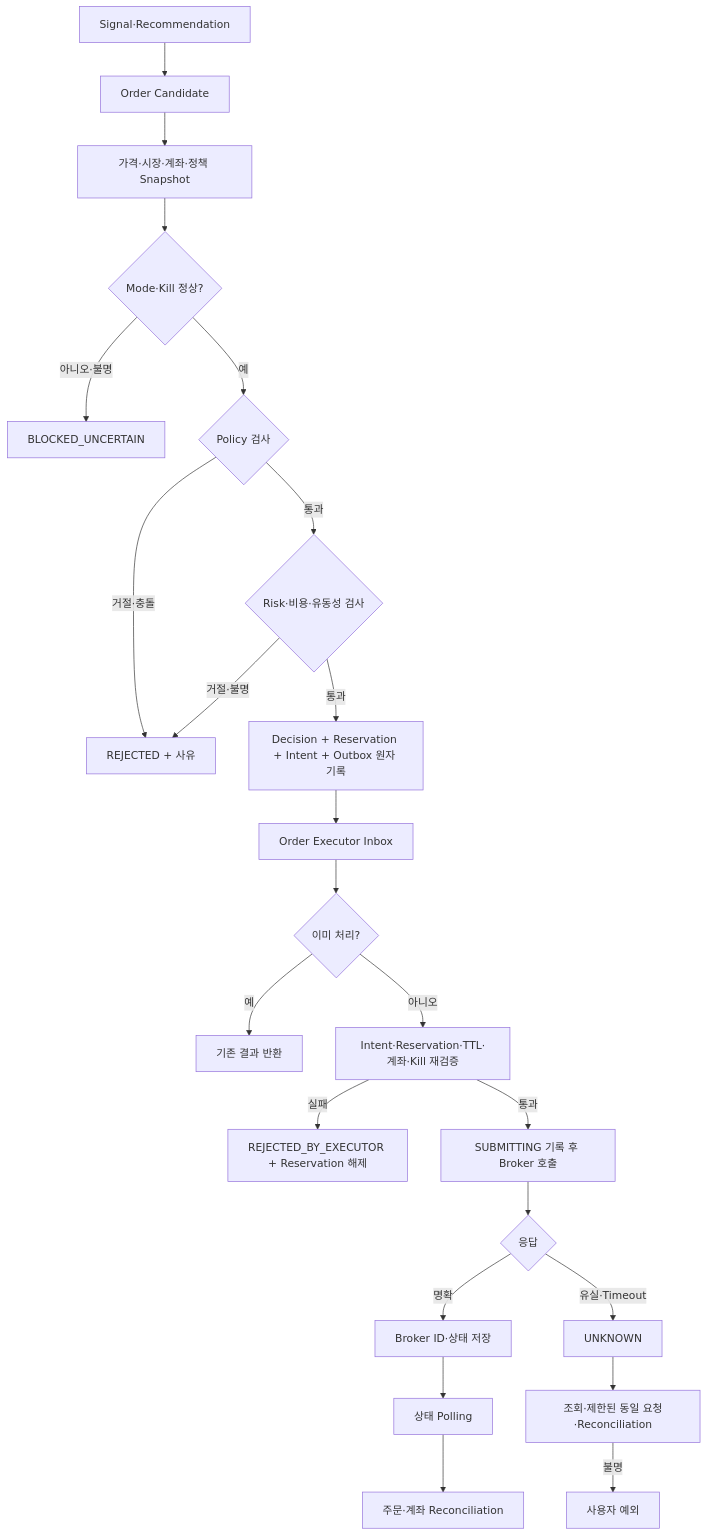
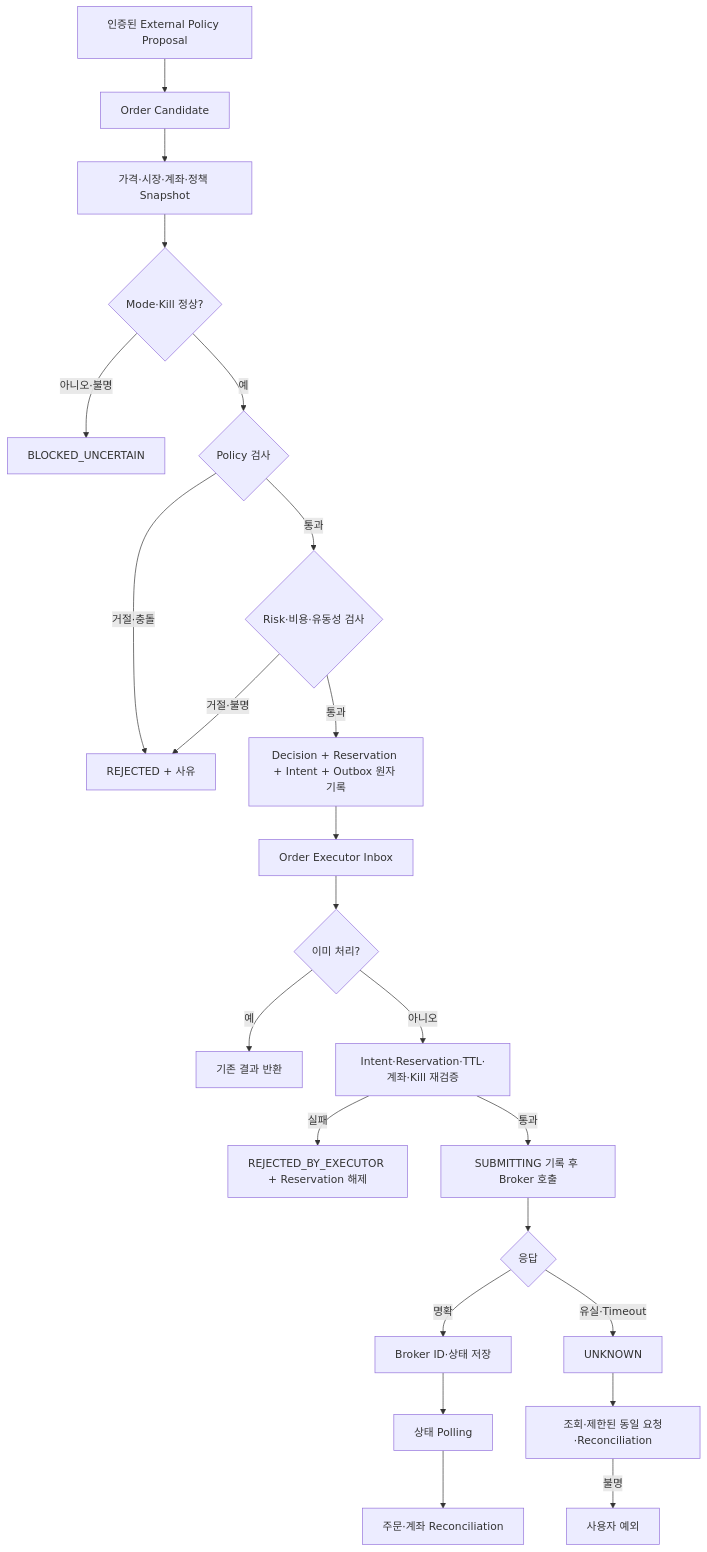
One commit to kkh1212/solo_project_data changed the diagram in docs/TRADING_SYSTEM.md. Above: the diagram before and after it, drawn with Mermaid. The commit also changed other lines of this file and 48 other files, not shown here.

````diff
--- a/docs/TRADING_SYSTEM.md
+++ b/docs/TRADING_SYSTEM.md
@@ -80,25 +99,25 @@
 ```mermaid
 flowchart TD
-    SIG["Signal·Recommendation"] --> CAND["Order Candidate"]
+    SIG["인증된 External Policy Proposal"] --> CAND["Order Candidate"]
     CAND --> SNAP["가격·시장·계좌·정책 Snapshot"]
     SNAP --> MODE{"Mode·Kill 정상?"}
     MODE -->|아니오·불명| BLOCK["BLOCKED_UNCERTAIN"]
     MODE -->|예| POL{"Policy 검사"}
     POL -->|거절·충돌| REJ["REJECTED + 사유"]
     POL -->|통과| RISK{"Risk·비용·유동성 검사"}
     RISK -->|거절·불명| REJ
     RISK -->|통과| TX["Decision + Reservation + Intent + Outbox 원자 기록"]
     TX --> EXEC["Order Executor Inbox"]
     EXEC --> DUP{"이미 처리?"}
     DUP -->|예| OLD["기존 결과 반환"]
     DUP -->|아니오| PRE["Intent·Reservation·TTL·계좌·Kill 재검증"]
     PRE -->|실패| ER["REJECTED_BY_EXECUTOR + Reservation 해제"]
     PRE -->|통과| SUB["SUBMITTING 기록 후 Broker 호출"]
     SUB --> RESP{"응답"}
     RESP -->|명확| SAVE["Broker ID·상태 저장"]
     RESP -->|유실·Timeout| UNK["UNKNOWN"]
     UNK --> REC["조회·제한된 동일 요청·Reconciliation"]
     REC -->|불명| MAN["사용자 예외"]
     SAVE --> POLL["상태 Polling"]
     POLL --> ACC["주문·계좌 Reconciliation"]
 ```
````
